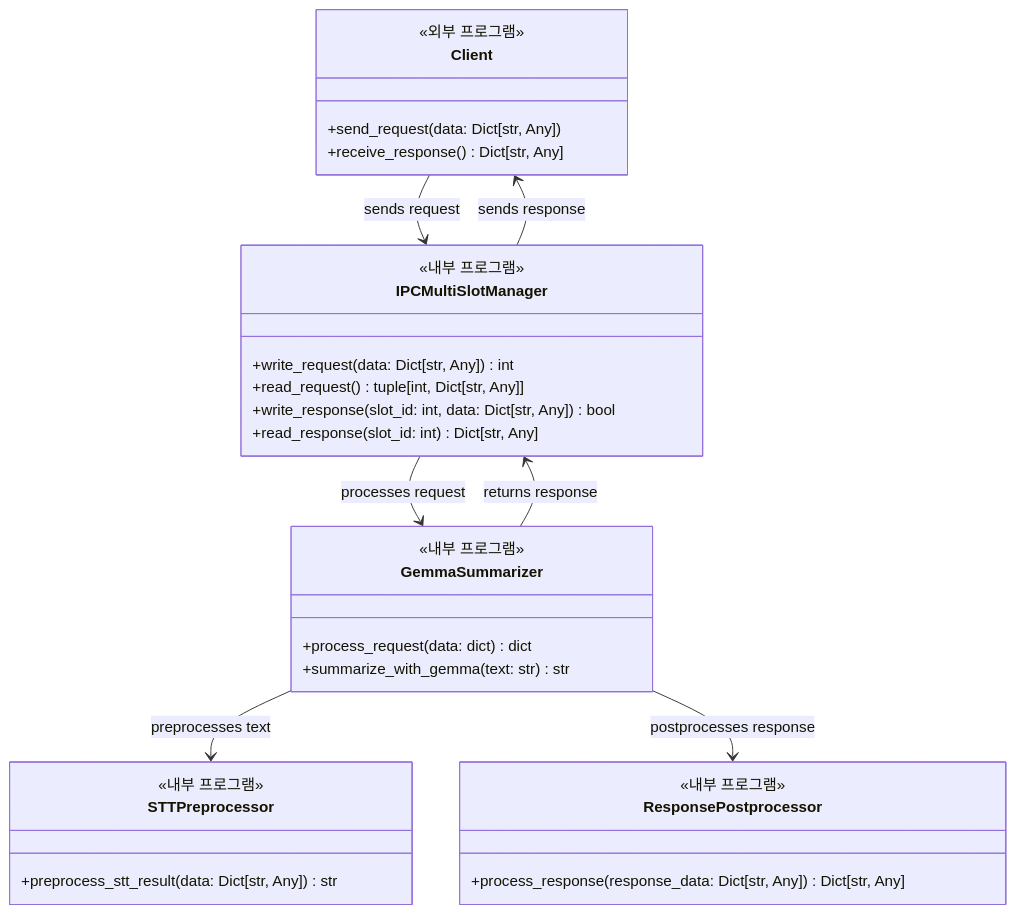
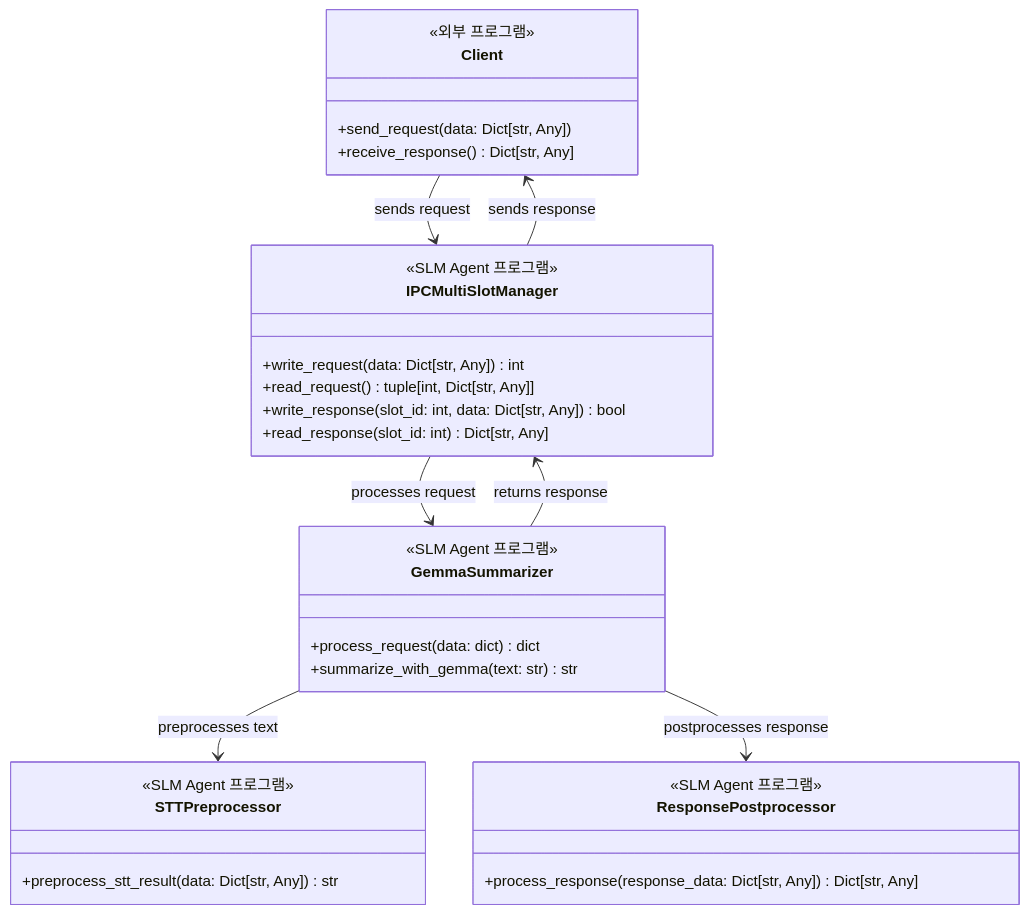
Before and after one commit to hak023/gemma-summarizer-poc: the eighth of 8 diagrams in class_diagram.md, drawn with Mermaid. The commit also changed other lines of this file and 4 other files, not shown here.

First line of the commit message:
가독성 개선: rect 구문 제거 및 SLM Agent 프로그램 표기 적용

````diff
--- a/class_diagram.md
+++ b/class_diagram.md
@@ -375,41 +375,41 @@
 ```mermaid
 classDiagram
     %% 외부 프로그램
     class Client {
         <<외부 프로그램>>
         +send_request(data: Dict[str, Any])
         +receive_response() Dict[str, Any]
     }
 
-    %% 내부 프로그램 컴포넌트들
+    %% SLM Agent 프로그램 컴포넌트들
     class IPCMultiSlotManager {
-        <<내부 프로그램>>
+        <<SLM Agent 프로그램>>
         +write_request(data: Dict[str, Any]) int
         +read_request() tuple[int, Dict[str, Any]]
         +write_response(slot_id: int, data: Dict[str, Any]) bool
         +read_response(slot_id: int) Dict[str, Any]
     }
 
     class GemmaSummarizer {
-        <<내부 프로그램>>
+        <<SLM Agent 프로그램>>
         +process_request(data: dict) dict
         +summarize_with_gemma(text: str) str
     }
 
     class STTPreprocessor {
-        <<내부 프로그램>>
+        <<SLM Agent 프로그램>>
         +preprocess_stt_result(data: Dict[str, Any]) str
     }
 
     class ResponsePostprocessor {
-        <<내부 프로그램>>
+        <<SLM Agent 프로그램>>
         +process_response(response_data: Dict[str, Any]) Dict[str, Any]
     }
 
     Client --> IPCMultiSlotManager : sends request
     IPCMultiSlotManager --> GemmaSummarizer : processes request
     GemmaSummarizer --> STTPreprocessor : preprocesses text
     GemmaSummarizer --> ResponsePostprocessor : postprocesses response
     GemmaSummarizer --> IPCMultiSlotManager : returns response
     IPCMultiSlotManager --> Client : sends response
 ```
````
